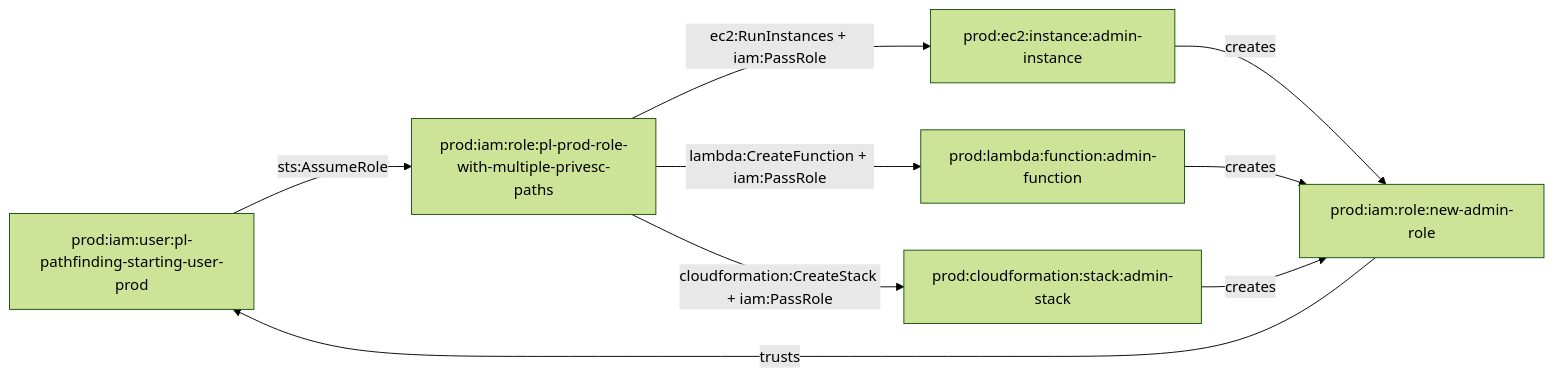
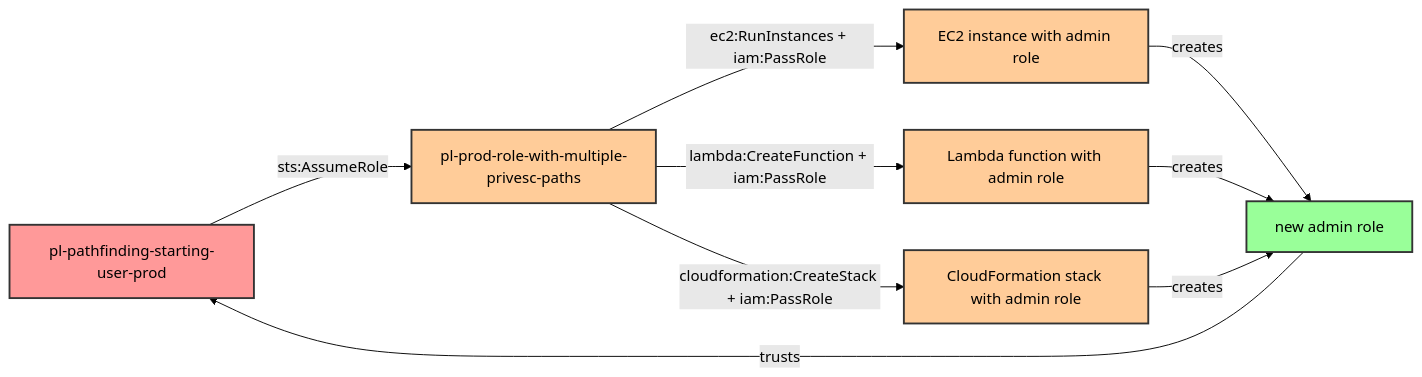
The diagram in modules/scenarios/single-account/privesc-multi-hop/to-admin/multiple-paths-combined/README.md (DataDog/pathfinding-labs), drawn with Mermaid (forest theme) before and after one commit. The commit also changed other lines of this file and 109 other files, not shown here.

Commit message:
Updated schame and metadata options for pathfinding.cloud intergration

````diff
--- a/modules/scenarios/single-account/privesc-multi-hop/to-admin/multiple-paths-combined/README.md
+++ b/modules/scenarios/single-account/privesc-multi-hop/to-admin/multiple-paths-combined/README.md
@@ -23,11 +49,18 @@
 ```mermaid
 graph LR
-    A[prod:iam:user:pl-pathfinding-starting-user-prod] -->|sts:AssumeRole| B[prod:iam:role:pl-prod-role-with-multiple-privesc-paths]
-    B -->|ec2:RunInstances + iam:PassRole| C[prod:ec2:instance:admin-instance]
-    B -->|lambda:CreateFunction + iam:PassRole| D[prod:lambda:function:admin-function]
-    B -->|cloudformation:CreateStack + iam:PassRole| E[prod:cloudformation:stack:admin-stack]
-    C -->|creates| F[prod:iam:role:new-admin-role]
+    A[pl-pathfinding-starting-user-prod] -->|sts:AssumeRole| B[pl-prod-role-with-multiple-privesc-paths]
+    B -->|ec2:RunInstances + iam:PassRole| C[EC2 instance with admin role]
+    B -->|lambda:CreateFunction + iam:PassRole| D[Lambda function with admin role]
+    B -->|cloudformation:CreateStack + iam:PassRole| E[CloudFormation stack with admin role]
+    C -->|creates| F[new admin role]
     D -->|creates| F
     E -->|creates| F
     F -->|trusts| A
+
+    style A fill:#ff9999,stroke:#333,stroke-width:2px
+    style B fill:#ffcc99,stroke:#333,stroke-width:2px
+    style C fill:#ffcc99,stroke:#333,stroke-width:2px
+    style D fill:#ffcc99,stroke:#333,stroke-width:2px
+    style E fill:#ffcc99,stroke:#333,stroke-width:2px
+    style F fill:#99ff99,stroke:#333,stroke-width:2px
 ```
````
